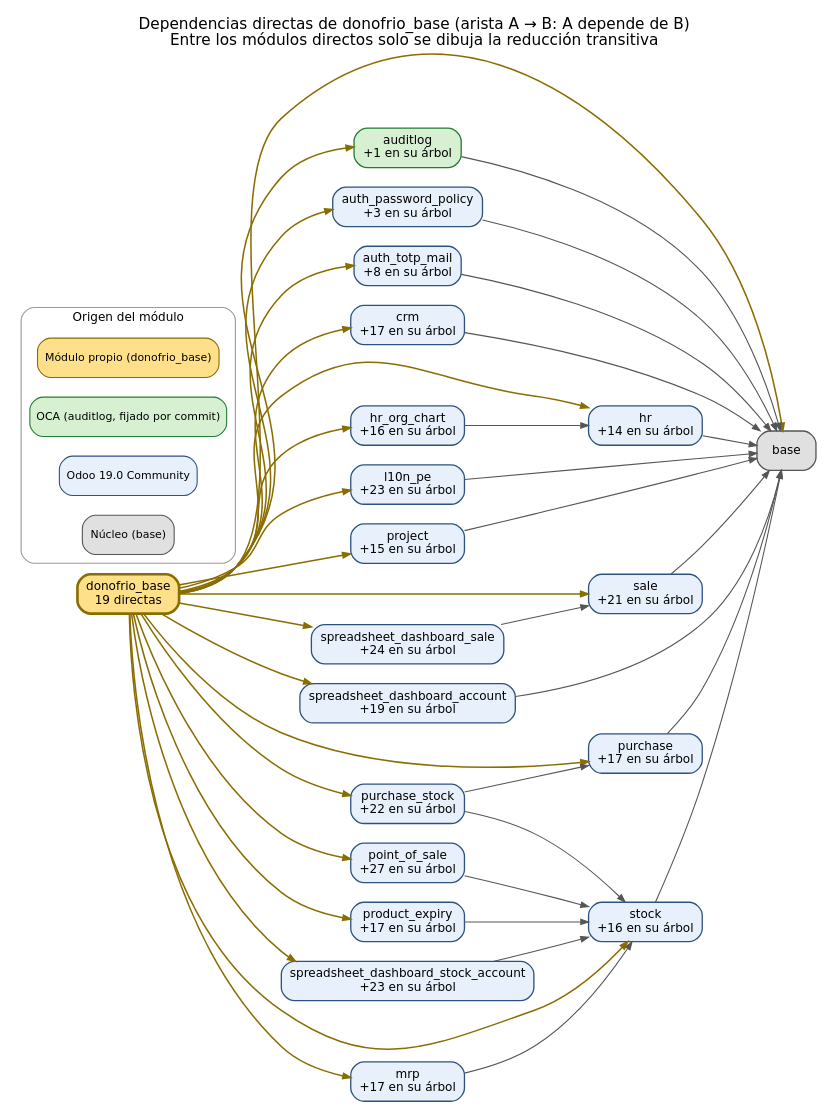
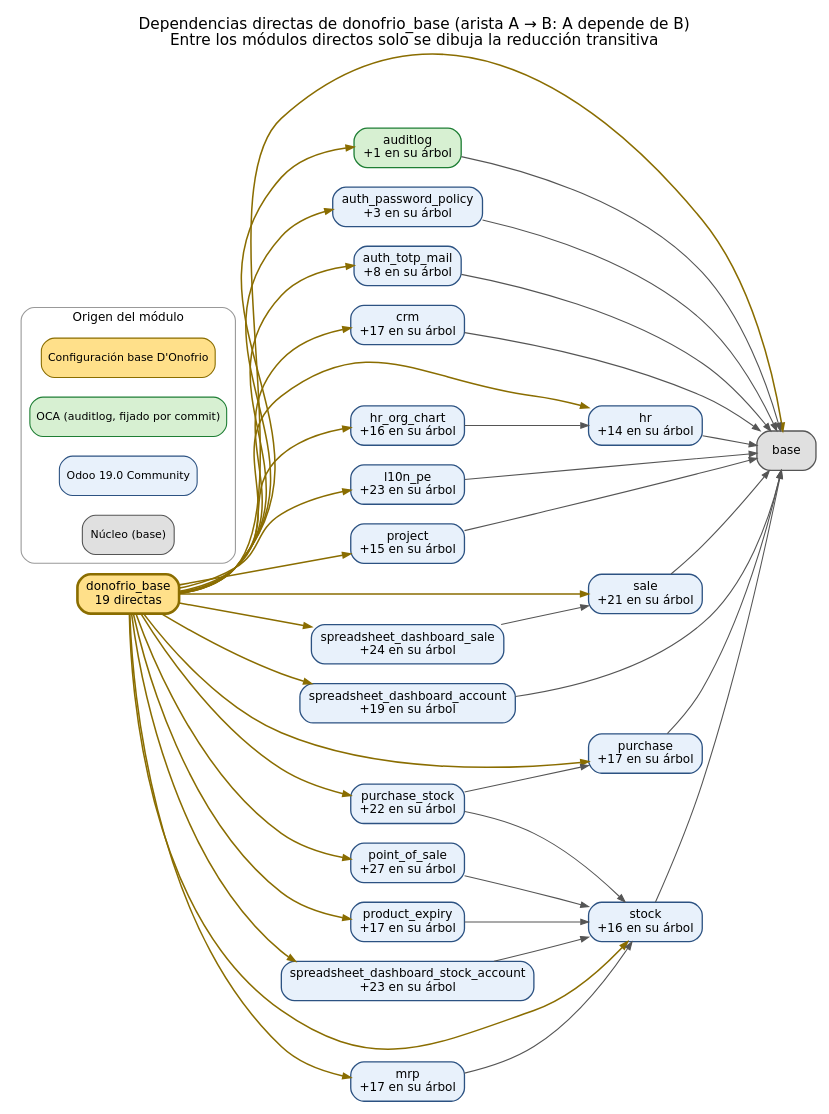
One commit to orlando572/erp-donofrio changed the diagram in docs/diagramas/dependencias/dependencias_directas.dot. Above: the diagram before and after it, drawn with Graphviz. The commit also changed 47 other files, not shown here.

First line of the commit message:
docs(diagramas): quita la etiqueta «módulo propio» de pantallas, BPMN, casos de uso, C4 y dependencias [S4]

```diff
--- a/docs/diagramas/dependencias/dependencias_directas.dot
+++ b/docs/diagramas/dependencias/dependencias_directas.dot
@@ -1,68 +1,68 @@
 digraph dependencias_directas {
   graph [rankdir=LR, fontname="DejaVu Sans", fontsize=14, labelloc=t, nodesep=0.25, ranksep=0.7, label="Dependencias directas de donofrio_base (arista A → B: A depende de B)\nEntre los módulos directos solo se dibuja la reducción transitiva"];
   node [fontname="DejaVu Sans", fontsize=11]; edge [color="#555555", arrowsize=0.7];
   "donofrio_base" [label="donofrio_base\n19 directas", style="filled,rounded", shape=box, fillcolor="#ffe08a", color="#8a6d00", penwidth=2.4];
   "auditlog" [label="auditlog\n+1 en su árbol", style="filled,rounded", shape=box, fillcolor="#d7f0d2", color="#1e7e34", penwidth=1.2];
   "auth_password_policy" [label="auth_password_policy\n+3 en su árbol", style="filled,rounded", shape=box, fillcolor="#e8f1fb", color="#2c5282", penwidth=1.2];
   "auth_totp_mail" [label="auth_totp_mail\n+8 en su árbol", style="filled,rounded", shape=box, fillcolor="#e8f1fb", color="#2c5282", penwidth=1.2];
   "base" [label="base", style="filled,rounded", shape=box, fillcolor="#e0e0e0", color="#555555", penwidth=1.2];
   "crm" [label="crm\n+17 en su árbol", style="filled,rounded", shape=box, fillcolor="#e8f1fb", color="#2c5282", penwidth=1.2];
   "hr" [label="hr\n+14 en su árbol", style="filled,rounded", shape=box, fillcolor="#e8f1fb", color="#2c5282", penwidth=1.2];
   "hr_org_chart" [label="hr_org_chart\n+16 en su árbol", style="filled,rounded", shape=box, fillcolor="#e8f1fb", color="#2c5282", penwidth=1.2];
   "l10n_pe" [label="l10n_pe\n+23 en su árbol", style="filled,rounded", shape=box, fillcolor="#e8f1fb", color="#2c5282", penwidth=1.2];
   "mrp" [label="mrp\n+17 en su árbol", style="filled,rounded", shape=box, fillcolor="#e8f1fb", color="#2c5282", penwidth=1.2];
   "point_of_sale" [label="point_of_sale\n+27 en su árbol", style="filled,rounded", shape=box, fillcolor="#e8f1fb", color="#2c5282", penwidth=1.2];
   "product_expiry" [label="product_expiry\n+17 en su árbol", style="filled,rounded", shape=box, fillcolor="#e8f1fb", color="#2c5282", penwidth=1.2];
   "project" [label="project\n+15 en su árbol", style="filled,rounded", shape=box, fillcolor="#e8f1fb", color="#2c5282", penwidth=1.2];
   "purchase" [label="purchase\n+17 en su árbol", style="filled,rounded", shape=box, fillcolor="#e8f1fb", color="#2c5282", penwidth=1.2];
   "purchase_stock" [label="purchase_stock\n+22 en su árbol", style="filled,rounded", shape=box, fillcolor="#e8f1fb", color="#2c5282", penwidth=1.2];
   "sale" [label="sale\n+21 en su árbol", style="filled,rounded", shape=box, fillcolor="#e8f1fb", color="#2c5282", penwidth=1.2];
   "spreadsheet_dashboard_account" [label="spreadsheet_dashboard_account\n+19 en su árbol", style="filled,rounded", shape=box, fillcolor="#e8f1fb", color="#2c5282", penwidth=1.2];
   "spreadsheet_dashboard_sale" [label="spreadsheet_dashboard_sale\n+24 en su árbol", style="filled,rounded", shape=box, fillcolor="#e8f1fb", color="#2c5282", penwidth=1.2];
   "spreadsheet_dashboard_stock_account" [label="spreadsheet_dashboard_stock_account\n+23 en su árbol", style="filled,rounded", shape=box, fillcolor="#e8f1fb", color="#2c5282", penwidth=1.2];
   "stock" [label="stock\n+16 en su árbol", style="filled,rounded", shape=box, fillcolor="#e8f1fb", color="#2c5282", penwidth=1.2];
   "donofrio_base" -> "auditlog" [color="#8a6d00", penwidth=1.4];
   "donofrio_base" -> "auth_password_policy" [color="#8a6d00", penwidth=1.4];
   "donofrio_base" -> "auth_totp_mail" [color="#8a6d00", penwidth=1.4];
   "donofrio_base" -> "base" [color="#8a6d00", penwidth=1.4];
   "donofrio_base" -> "crm" [color="#8a6d00", penwidth=1.4];
   "donofrio_base" -> "hr" [color="#8a6d00", penwidth=1.4];
   "donofrio_base" -> "hr_org_chart" [color="#8a6d00", penwidth=1.4];
   "donofrio_base" -> "l10n_pe" [color="#8a6d00", penwidth=1.4];
   "donofrio_base" -> "mrp" [color="#8a6d00", penwidth=1.4];
   "donofrio_base" -> "point_of_sale" [color="#8a6d00", penwidth=1.4];
   "donofrio_base" -> "product_expiry" [color="#8a6d00", penwidth=1.4];
   "donofrio_base" -> "project" [color="#8a6d00", penwidth=1.4];
   "donofrio_base" -> "purchase" [color="#8a6d00", penwidth=1.4];
   "donofrio_base" -> "purchase_stock" [color="#8a6d00", penwidth=1.4];
   "donofrio_base" -> "sale" [color="#8a6d00", penwidth=1.4];
   "donofrio_base" -> "spreadsheet_dashboard_account" [color="#8a6d00", penwidth=1.4];
   "donofrio_base" -> "spreadsheet_dashboard_sale" [color="#8a6d00", penwidth=1.4];
   "donofrio_base" -> "spreadsheet_dashboard_stock_account" [color="#8a6d00", penwidth=1.4];
   "donofrio_base" -> "stock" [color="#8a6d00", penwidth=1.4];
   "auditlog" -> "base";
   "auth_password_policy" -> "base";
   "auth_totp_mail" -> "base";
   "crm" -> "base";
   "hr" -> "base";
   "hr_org_chart" -> "hr";
   "l10n_pe" -> "base";
   "mrp" -> "stock";
   "point_of_sale" -> "stock";
   "product_expiry" -> "stock";
   "project" -> "base";
   "purchase" -> "base";
   "purchase_stock" -> "purchase";
   "purchase_stock" -> "stock";
   "sale" -> "base";
   "spreadsheet_dashboard_account" -> "base";
   "spreadsheet_dashboard_sale" -> "sale";
   "spreadsheet_dashboard_stock_account" -> "stock";
   "stock" -> "base";
   subgraph cluster_leyenda { label="Origen del módulo"; fontsize=11; color="#999999"; style=rounded;
-    "leyenda_propio" [label="Módulo propio (donofrio_base)", shape=box, style="filled,rounded", fillcolor="#ffe08a", color="#8a6d00", fontsize=10];
+    "leyenda_propio" [label="Configuración base D'Onofrio", shape=box, style="filled,rounded", fillcolor="#ffe08a", color="#8a6d00", fontsize=10];
     "leyenda_oca" [label="OCA (auditlog, fijado por commit)", shape=box, style="filled,rounded", fillcolor="#d7f0d2", color="#1e7e34", fontsize=10];
     "leyenda_odoo" [label="Odoo 19.0 Community", shape=box, style="filled,rounded", fillcolor="#e8f1fb", color="#2c5282", fontsize=10];
     "leyenda_base" [label="Núcleo (base)", shape=box, style="filled,rounded", fillcolor="#e0e0e0", color="#555555", fontsize=10];
   }
 }
```
